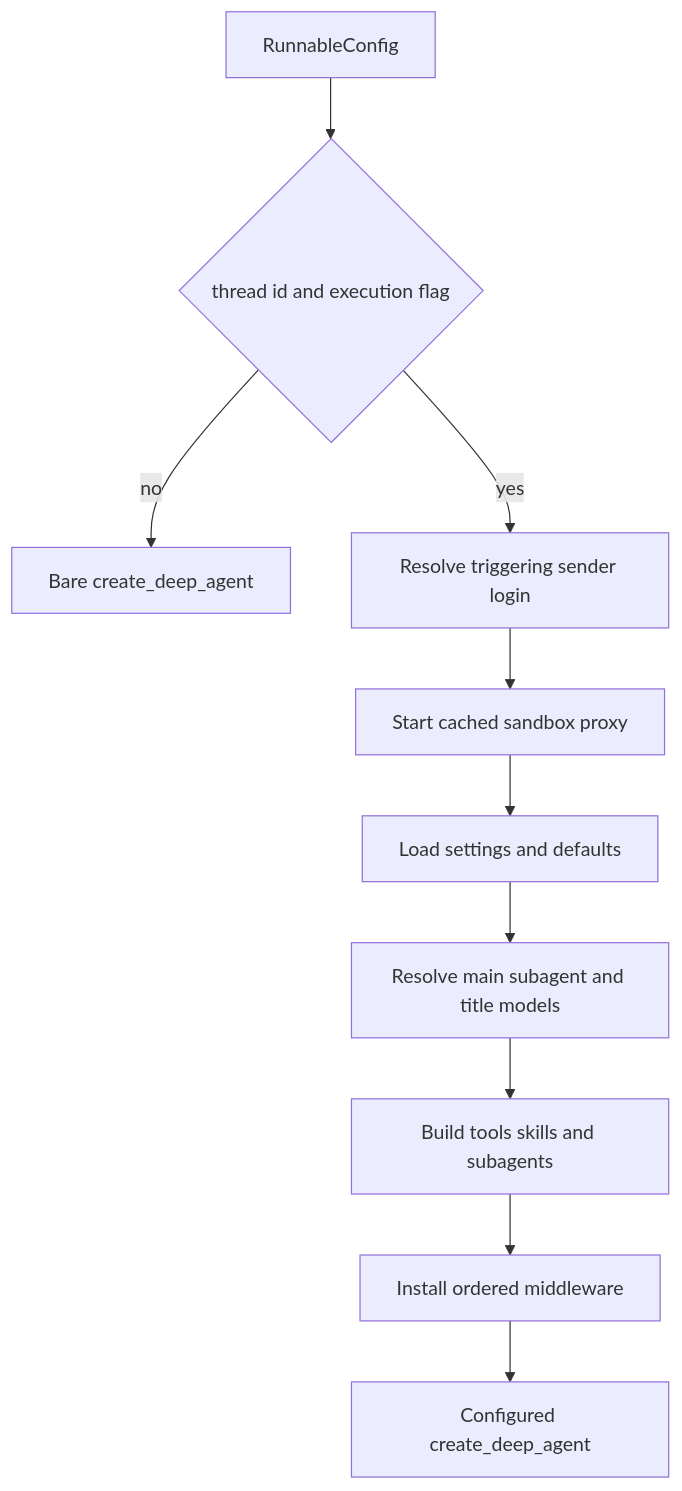
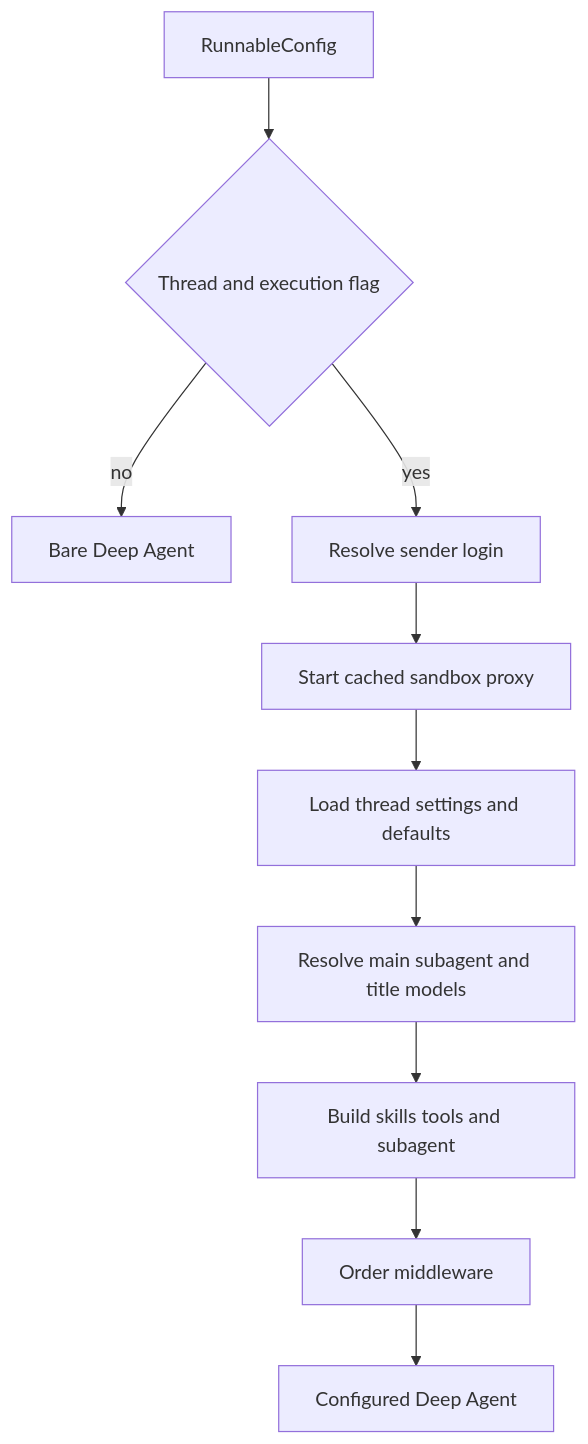
One commit to langchain-ai/open-swe changed the second of 2 diagrams in openwiki/architecture/agent-graph.md. Above: the diagram before and after it, drawn with Mermaid. The commit also changed other lines of this file and 52 other files, not shown here.

````diff
--- a/openwiki/architecture/agent-graph.md
+++ b/openwiki/architecture/agent-graph.md
@@ -61,12 +71,12 @@
 ```mermaid
 flowchart TD
-    Input["RunnableConfig"] --> Gate{"thread id and execution flag"}
-    Gate -- no --> Bare["Bare create_deep_agent"]
-    Gate -- yes --> Sender["Resolve triggering sender login"]
-    Sender --> Proxy["Start cached sandbox proxy"]
-    Proxy --> Settings["Load settings and defaults"]
+    Input["RunnableConfig"] --> Gate{"Thread and execution flag"}
+    Gate -- no --> Bare["Bare Deep Agent"]
+    Gate -- yes --> Identity["Resolve sender login"]
+    Identity --> Proxy["Start cached sandbox proxy"]
+    Proxy --> Settings["Load thread settings and defaults"]
     Settings --> Models["Resolve main subagent and title models"]
-    Models --> Surface["Build tools skills and subagents"]
-    Surface --> Stack["Install ordered middleware"]
-    Stack --> Graph["Configured create_deep_agent"]
+    Models --> Surface["Build skills tools and subagent"]
+    Surface --> Stack["Order middleware"]
+    Stack --> Graph["Configured Deep Agent"]
 ```
````
